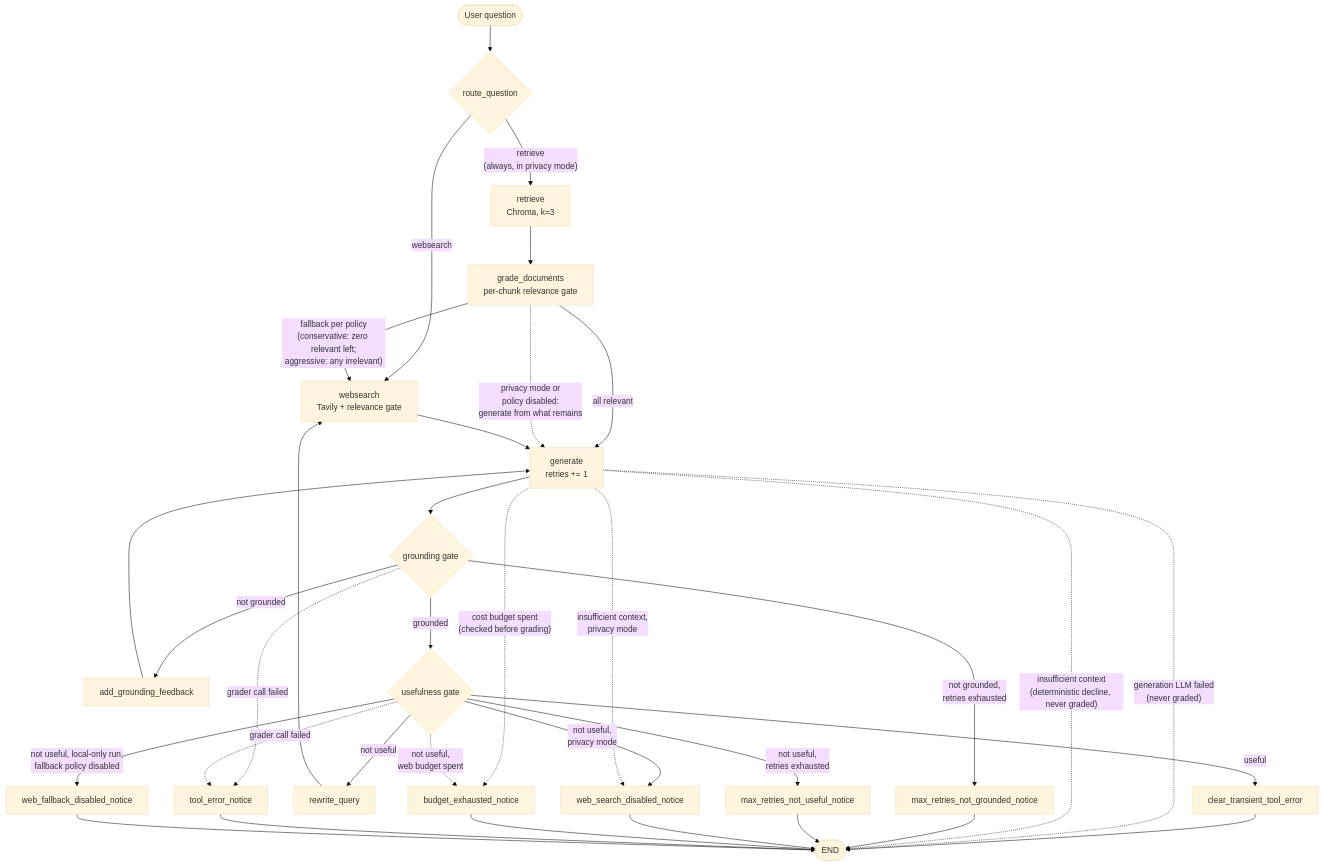
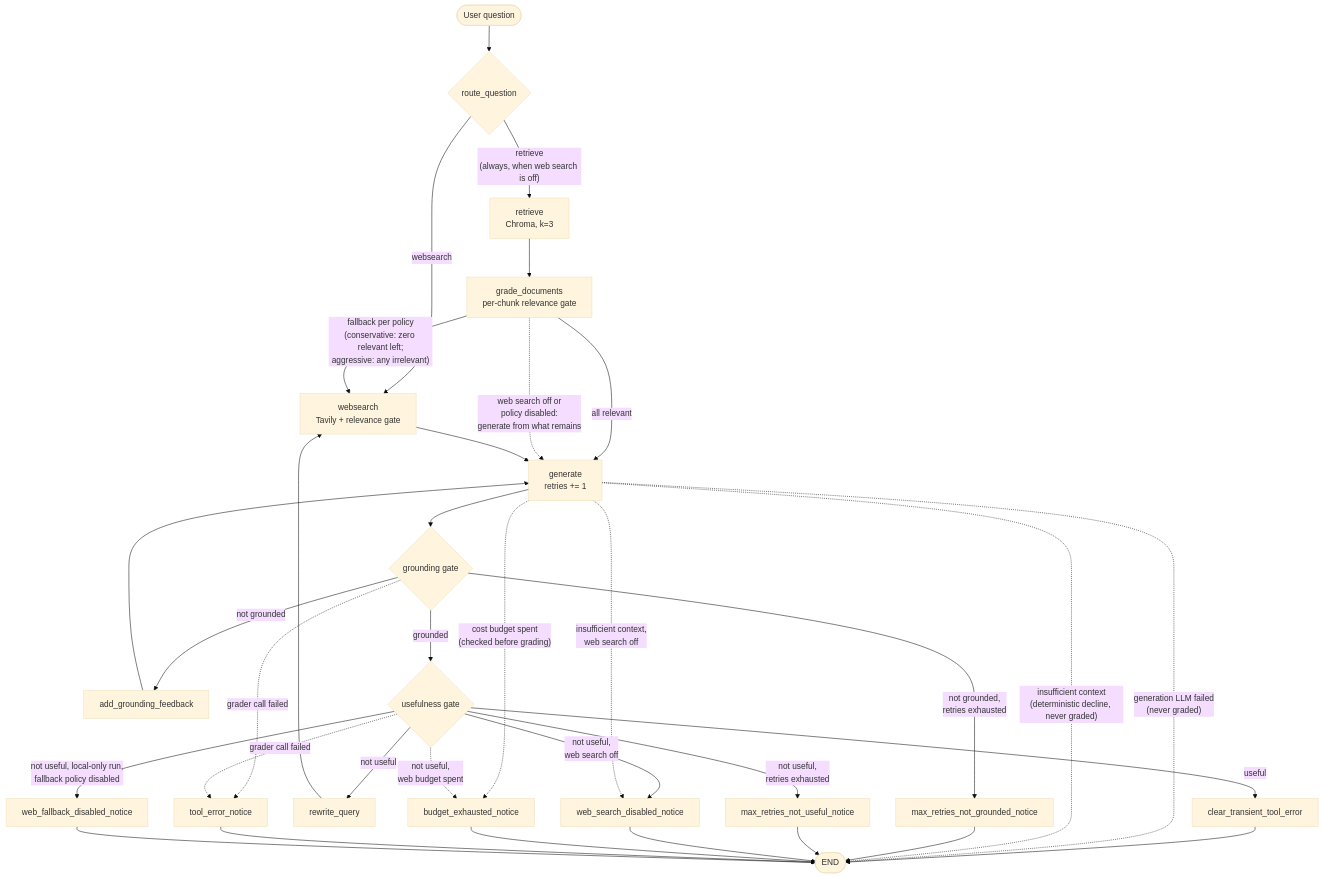
Before and after one commit to rhenus-Q/Enterprise-Agentic-RAG: the diagram in structure.md, drawn with Mermaid (base theme). The commit also changed other lines of this file and 21 other files, not shown here.

````diff
--- a/structure.md
+++ b/structure.md
@@ -175,41 +184,41 @@
 ```mermaid
 flowchart TD
     Q([User question]) --> ROUTE{route_question}
 
     ROUTE -- "websearch" --> WS[websearch<br/>Tavily + relevance gate]
-    ROUTE -- "retrieve<br/>(always, in privacy mode)" --> RET[retrieve<br/>Chroma, k=3]
+    ROUTE -- "retrieve<br/>(always, when web search is off)" --> RET[retrieve<br/>Chroma, k=3]
 
     RET --> GD[grade_documents<br/>per-chunk relevance gate]
     GD -- "all relevant" --> GEN[generate<br/>retries += 1]
     GD -- "fallback per policy<br/>(conservative: zero relevant left;<br/>aggressive: any irrelevant)" --> WS
-    GD -. "privacy mode or<br/>policy disabled:<br/>generate from what remains" .-> GEN
+    GD -. "web search off or<br/>policy disabled:<br/>generate from what remains" .-> GEN
     WS --> GEN
 
     GEN --> HG{grounding gate}
     HG -- "not grounded" --> FB[add_grounding_feedback]
     FB --> GEN
     HG -- "not grounded,<br/>retries exhausted" --> N1[max_retries_not_grounded_notice]
     HG -- "grounded" --> AG{usefulness gate}
 
     AG -- "useful" --> CL[clear_transient_tool_error]
     CL --> E([END])
     AG -- "not useful" --> RW[rewrite_query]
     RW --> WS
-    AG -- "not useful,<br/>privacy mode" --> N3[web_search_disabled_notice]
+    AG -- "not useful,<br/>web search off" --> N3[web_search_disabled_notice]
     AG -- "not useful, local-only run,<br/>fallback policy disabled" --> N6[web_fallback_disabled_notice]
     AG -- "not useful,<br/>retries exhausted" --> N2[max_retries_not_useful_notice]
     GEN -. "cost budget spent<br/>(checked before grading)" .-> N4[budget_exhausted_notice]
     AG -. "not useful,<br/>web budget spent" .-> N4
     GEN -. "generation LLM failed<br/>(never graded)" .-> E
     GEN -. "insufficient context<br/>(deterministic decline, never graded)" .-> E
-    GEN -. "insufficient context,<br/>privacy mode" .-> N3
+    GEN -. "insufficient context,<br/>web search off" .-> N3
     HG -. "grader call failed" .-> N5[tool_error_notice]
     AG -. "grader call failed" .-> N5
 
     N1 --> E
     N2 --> E
     N3 --> E
     N4 --> E
     N5 --> E
     N6 --> E
 ```
````
